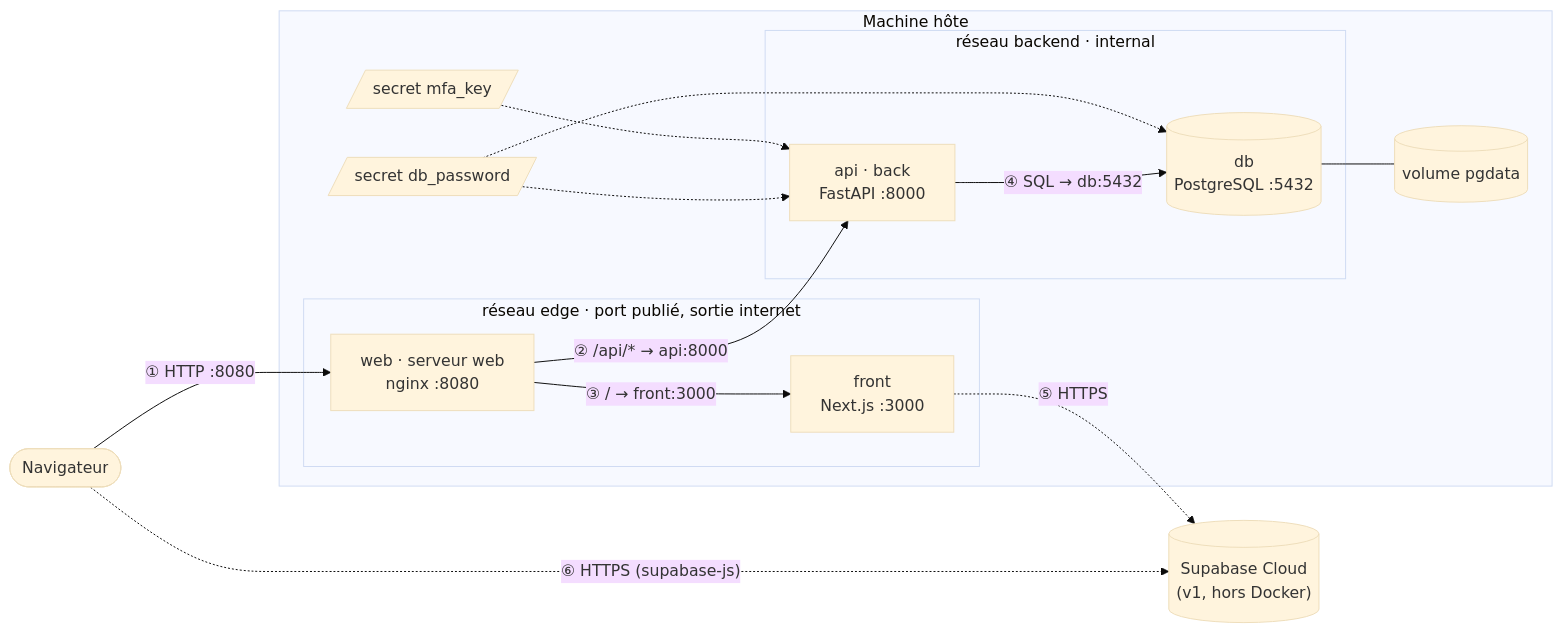
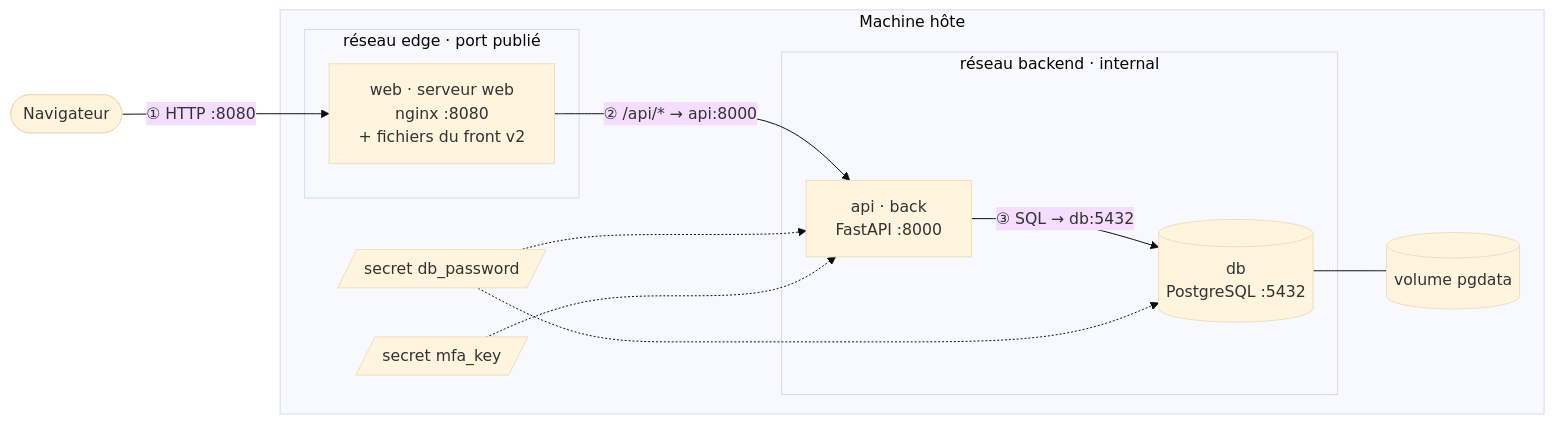
The second of 3 diagrams in docker/README.md (zharrow/Luniqo), drawn with Mermaid (base theme) before and after one commit. The commit also changed other lines of this file and 8 other files, not shown here.

````diff
--- a/docker/README.md
+++ b/docker/README.md
@@ -117,30 +109,25 @@
 ```mermaid
 flowchart LR
     browser(["Navigateur"])
 
     subgraph host["Machine hôte"]
-        subgraph edge["réseau edge · port publié, sortie internet"]
-            web["web · serveur web<br/>nginx :8080"]
-            front["front<br/>Next.js :3000"]
+        subgraph edge["réseau edge · port publié"]
+            web["web · serveur web<br/>nginx :8080<br/>+ fichiers du front v2"]
         end
         subgraph backend["réseau backend · internal"]
             api["api · back<br/>FastAPI :8000"]
             db[("db<br/>PostgreSQL :5432")]
         end
         vol[("volume pgdata")]
         secret[/"secret db_password"/]
         mfakey[/"secret mfa_key"/]
     end
 
     browser -- "① HTTP :8080" --> web
     web -- "② /api/* → api:8000" --> api
-    web -- "③ / → front:3000" --> front
-    api -- "④ SQL → db:5432" --> db
-    supa[("Supabase Cloud<br/>(v1, hors Docker)")]
-    front -. "⑤ HTTPS" .-> supa
-    browser -. "⑥ HTTPS (supabase-js)" .-> supa
+    api -- "③ SQL → db:5432" --> db
     db --- vol
     secret -.-> db
     secret -.-> api
     mfakey -.-> api
 ```
````
